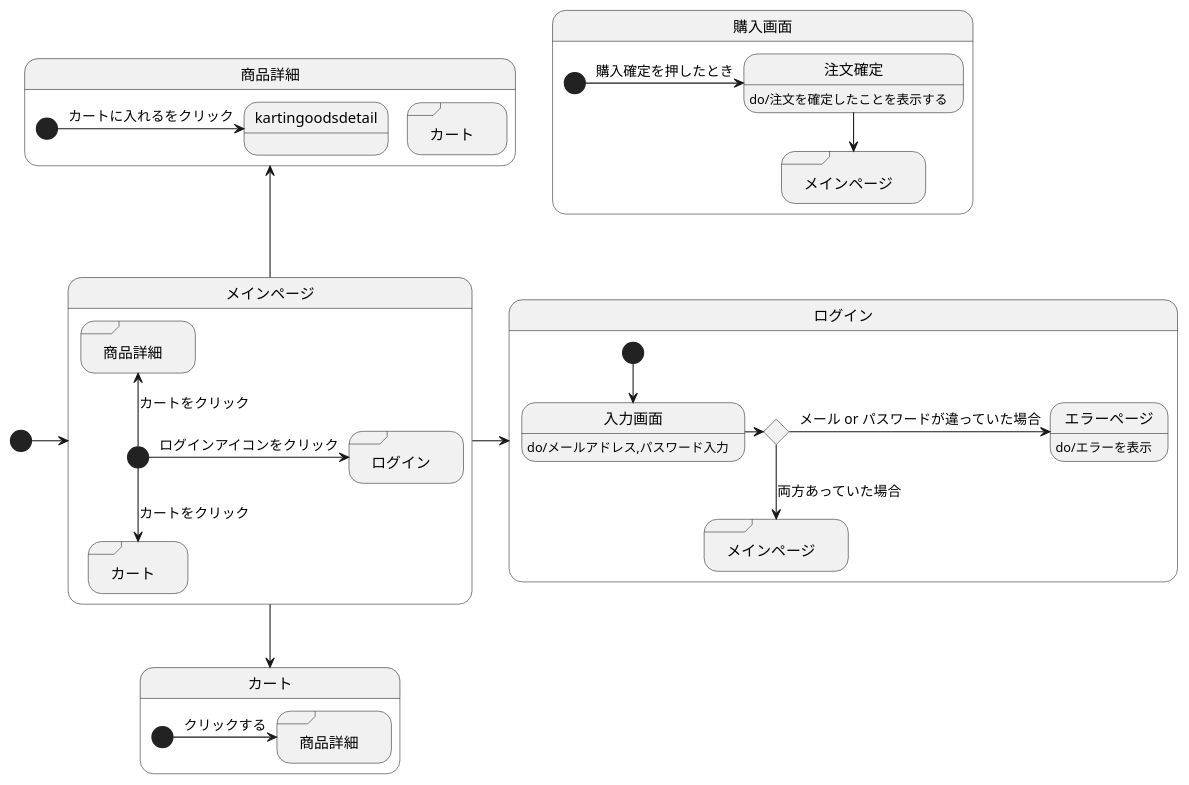
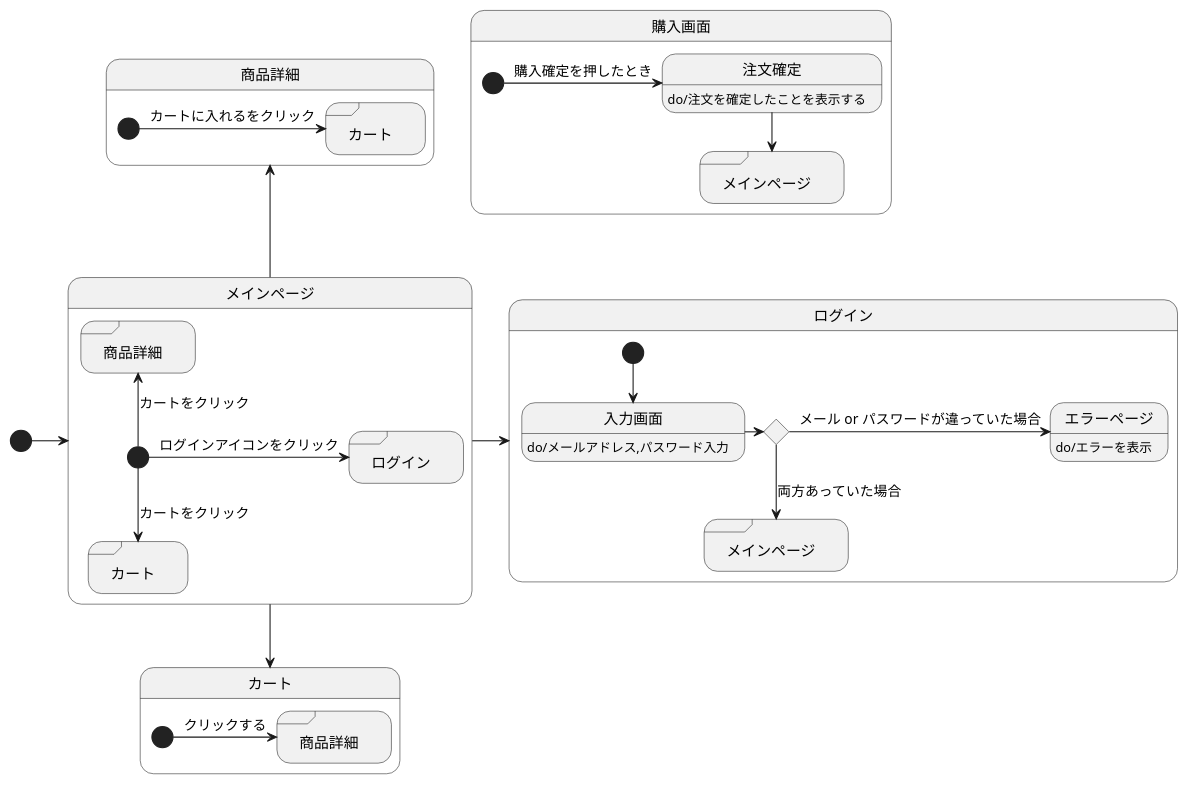
The diagram in UML.md (akutori/T-D-E), drawn with PlantUML before and after one commit.

Commit message:
誤字修正

````diff
--- a/UML.md
+++ b/UML.md
@@ -1,51 +1,51 @@
 ```uml
 @startuml
 [*]->メインページ
 メインページ->ログイン
 メインページ-->カート
 メインページ-up->商品詳細
 
 state メインページ{
 state "ログイン" as rogininmainpage  <<sdlreceive>>
 state "カート" as cartinmainpage <<sdlreceive>>
 state "商品詳細" as goodsdetailinmainpage <<sdlreceive>>
     [*]-> rogininmainpage :ログインアイコンをクリック
     [*]--> cartinmainpage :カートをクリック
     [*]-up-> goodsdetailinmainpage :カートをクリック
 }
 
 state ログイン{
 state input <<choice>>
 state "メインページ" as mainpageinrogin<<sdlreceive>>
 
 入力画面:do/メールアドレス,パスワード入力
 エラーページ:do/エラーを表示
     [*]--> 入力画面
     入力画面->input
     input->エラーページ:メール or パスワードが違っていた場合
     input-->mainpageinrogin : 両方あっていた場合
 
 }
 
 state 購入画面{
 state "メインページ" as mainpageingoodsdetail<<sdlreceive>>
 注文確定:do/注文を確定したことを表示する
     [*]->注文確定 :購入確定を押したとき
     注文確定-->mainpageingoodsdetail
 }
 
 
 state カート{
 state "商品詳細" as goodsdetailincart <<sdlreceive>>
 
     [*]->goodsdetailincart :クリックする
 }
 
 state 商品詳細{
 state "カート" as cartingoodsdetail <<sdlreceive>>
 
-    [*]->kartingoodsdetail :カートに入れるをクリック
+    [*]->cartingoodsdetail :カートに入れるをクリック
 }
 
 @enduml
 ```
````
